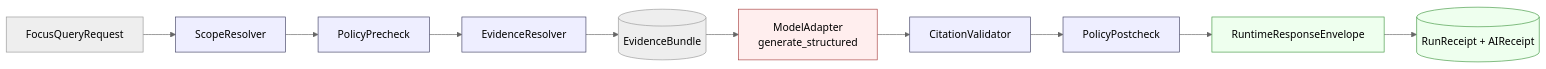
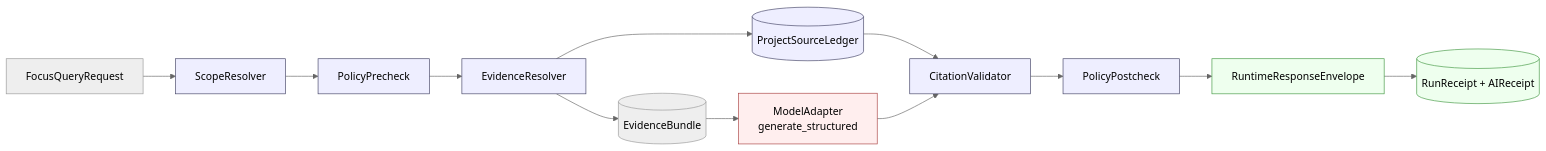
Before and after one commit to bartytime4life/Kansas-Frontier-Matrix: the diagram in docs/adr/ADR-0019-ai-adapter-contract-and-finite-envelopes.md, drawn with Mermaid (neutral theme). The commit also changed other lines of this file, not shown here.

````diff
--- a/docs/adr/ADR-0019-ai-adapter-contract-and-finite-envelopes.md
+++ b/docs/adr/ADR-0019-ai-adapter-contract-and-finite-envelopes.md
@@ -246,19 +302,21 @@
 ```mermaid
 flowchart LR
     A[FocusQueryRequest] --> B[ScopeResolver]
     B --> C[PolicyPrecheck]
     C --> D[EvidenceResolver]
     D --> E[(EvidenceBundle)]
+    D --> L[(ProjectSourceLedger)]
     E --> F[ModelAdapter<br/>generate_structured]
-    F --> G[CitationValidator]
+    L --> G[CitationValidator]
+    F --> G
     G --> H[PolicyPostcheck]
     H --> I[RuntimeResponseEnvelope]
     I --> J[(RunReceipt + AIReceipt)]
 
     classDef gov fill:#eef,stroke:#446;
     classDef ai fill:#fee,stroke:#a44;
     classDef out fill:#efe,stroke:#494;
-    class B,C,D,G,H gov
+    class B,C,D,G,H,L gov
     class F ai
     class I,J out
 ```
````
